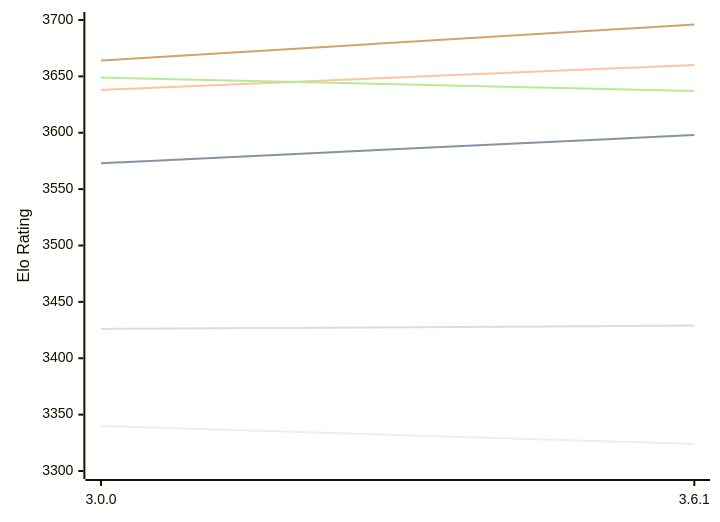
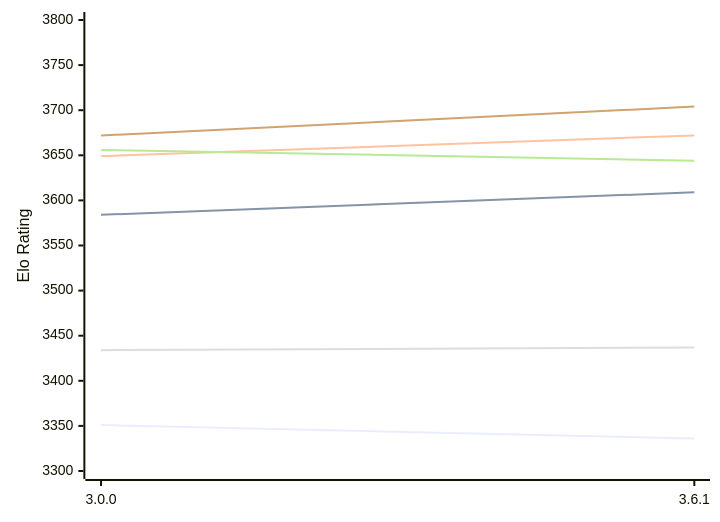
Before and after one commit to computer-chess-index/cci: the diagram in engines/Peras.md, drawn with Mermaid. The commit also changed other lines of this file, not shown here.

Commit message:
Update CCI Ratings (ELO VLTC) - 2026-10-25

````diff
--- a/engines/Peras.md
+++ b/engines/Peras.md
@@ -49,12 +49,12 @@
 ```mermaid
 %%{init: {"theme":"base","themeVariables":{"seriesColors:['#a3a3a3','#222221','#faa371']}}}%%
 xychart-beta
   x-axis ["3.0.0", "3.6.1"]
-  y-axis "Elo Rating" 3300 --> 3700
-  line "E1: STC (8.0+0.08s)" [3340, 3324]
-  line "E1: LTC (60.0+0.60s)" [3573, 3598]
-  line "E1: VLTC (2m24s+1.12s)" [3638, 3660]
-  line "P1: STC (8.0+0.08s)" [3426, 3429]
-  line "P1: LTC (60.0+0.60s)" [3649, 3637]
-  line "P1: VLTC (2m24s+1.12s)" [3664, 3696]
+  y-axis "Elo Rating" 3300 --> 3800
+  line "E1: STC (8.0+0.08s)" [3351, 3336]
+  line "E1: LTC (60.0+0.60s)" [3584, 3609]
+  line "E1: VLTC (2m24s+1.12s)" [3649, 3672]
+  line "P1: STC (8.0+0.08s)" [3434, 3437]
+  line "P1: LTC (60.0+0.60s)" [3656, 3644]
+  line "P1: VLTC (2m24s+1.12s)" [3672, 3704]
 ```
````
